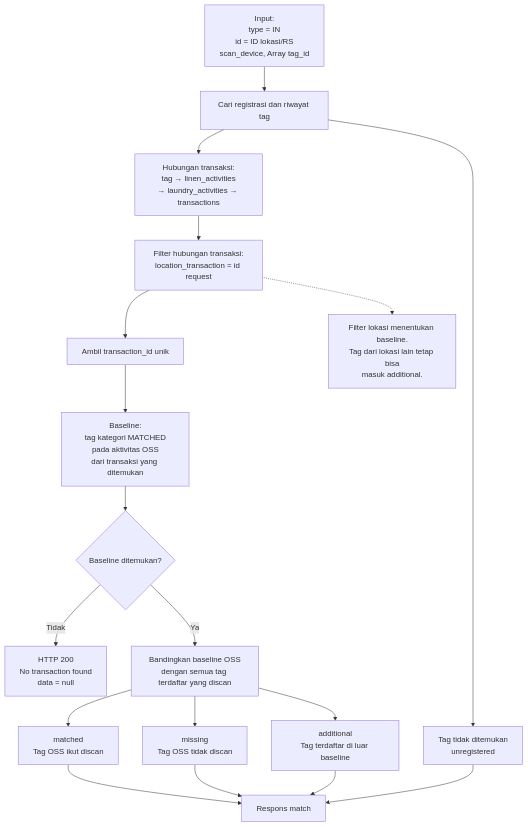
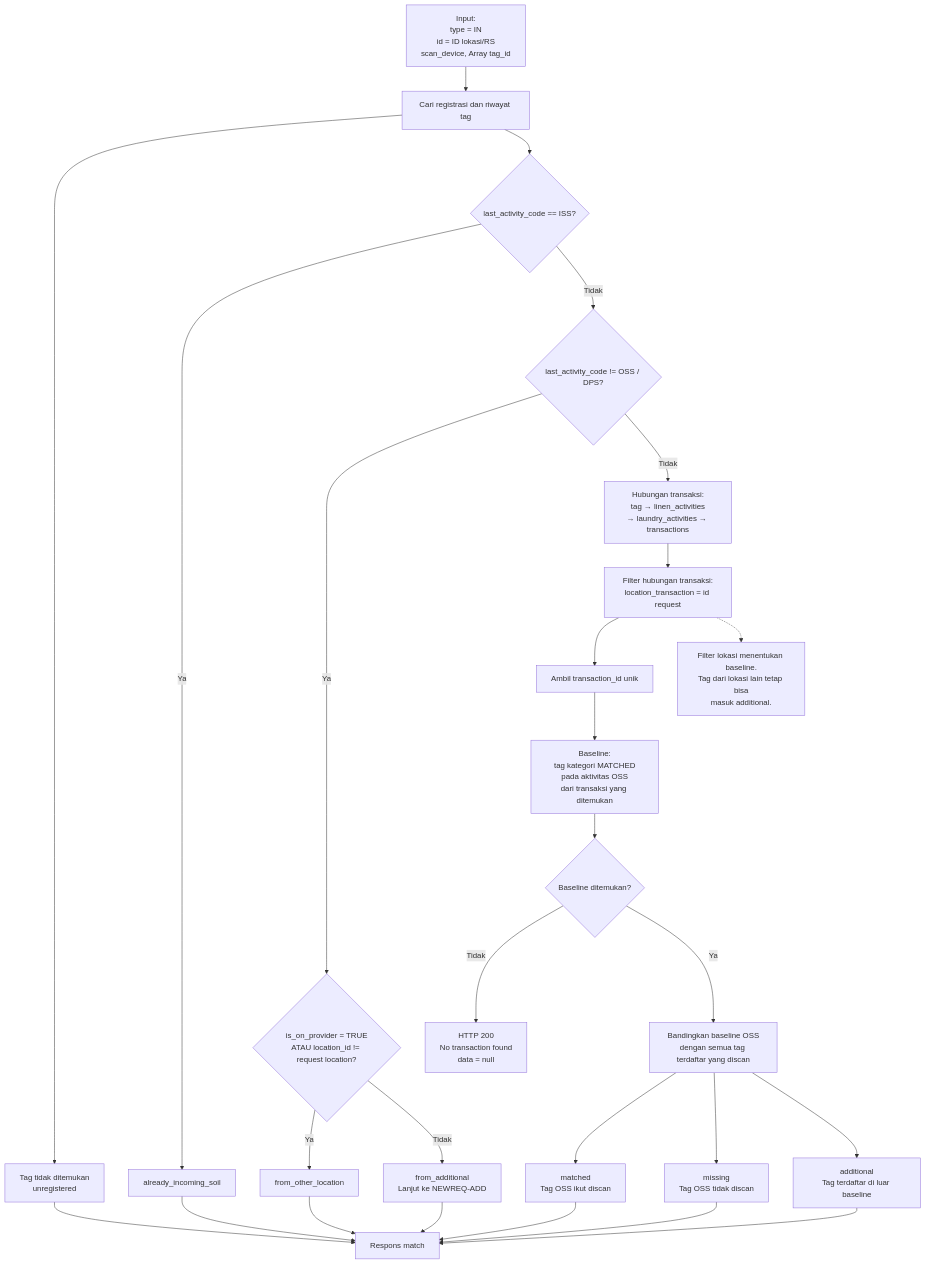
Before and after one commit to bagaskrmn/bac-flow-laundry: the first of 3 diagrams in laundry-activities/incoming-soil.md, drawn with Mermaid.

````diff
--- a/laundry-activities/incoming-soil.md
+++ b/laundry-activities/incoming-soil.md
@@ -3,26 +3,39 @@
 ```mermaid
 flowchart TD
     N_IN["Input:<br/>type = IN<br/>id = ID lokasi/RS<br/>scan_device, Array tag_id"]
 
     N_IN --> N_LOOKUP["Cari registrasi dan riwayat tag"]
-    N_LOOKUP --> N_HISTORY["Hubungan transaksi:<br/>tag → linen_activities<br/>→ laundry_activities → transactions"]
+    
     N_LOOKUP --> N_UNREG["Tag tidak ditemukan<br/>unregistered"]
+    N_LOOKUP --> N_CHECK_ISS{"last_activity_code == ISS?"}
+    
+    N_CHECK_ISS -->|Ya| N_ALREADY["already_incoming_soil"]
+    N_CHECK_ISS -->|Tidak| N_CHECK_ACT{"last_activity_code != OSS / DPS?"}
+    
+    N_CHECK_ACT -->|Ya| N_CHECK_LOC{"is_on_provider = TRUE<br/>ATAU location_id != request location?"}
+    N_CHECK_LOC -->|Ya| N_OTHERLOC["from_other_location"]
+    N_CHECK_LOC -->|Tidak| N_ADD_NEWREQ["from_additional<br/>Lanjut ke NEWREQ-ADD"]
+    
+    N_CHECK_ACT -->|Tidak| N_HISTORY["Hubungan transaksi:<br/>tag → linen_activities<br/>→ laundry_activities → transactions"]
 
     N_HISTORY --> N_FILTER["Filter hubungan transaksi:<br/>location_transaction = id request"]
     N_FILTER --> N_IDS["Ambil transaction_id unik"]
     N_IDS --> N_BASE["Baseline:<br/>tag kategori MATCHED<br/>pada aktivitas OSS<br/>dari transaksi yang ditemukan"]
 
     N_BASE --> N_EXISTS{"Baseline ditemukan?"}
     N_EXISTS -->|Tidak| N_EMPTY["HTTP 200<br/>No transaction found<br/>data = null"]
     N_EXISTS -->|Ya| N_COMP["Bandingkan baseline OSS<br/>dengan semua tag terdaftar yang discan"]
 
     N_COMP --> N_MATCH["matched<br/>Tag OSS ikut discan"]
     N_COMP --> N_MISS["missing<br/>Tag OSS tidak discan"]
     N_COMP --> N_ADD["additional<br/>Tag terdaftar di luar baseline"]
     N_MATCH --> N_RES["Respons match"]
     N_MISS --> N_RES
     N_ADD --> N_RES
     N_UNREG --> N_RES
+    N_ALREADY --> N_RES
+    N_OTHERLOC --> N_RES
+    N_ADD_NEWREQ --> N_RES
 
     N_FILTER -.-> N_LOCNOTE["Filter lokasi menentukan baseline.<br/>Tag dari lokasi lain tetap bisa<br/>masuk additional."]
 ```
````
